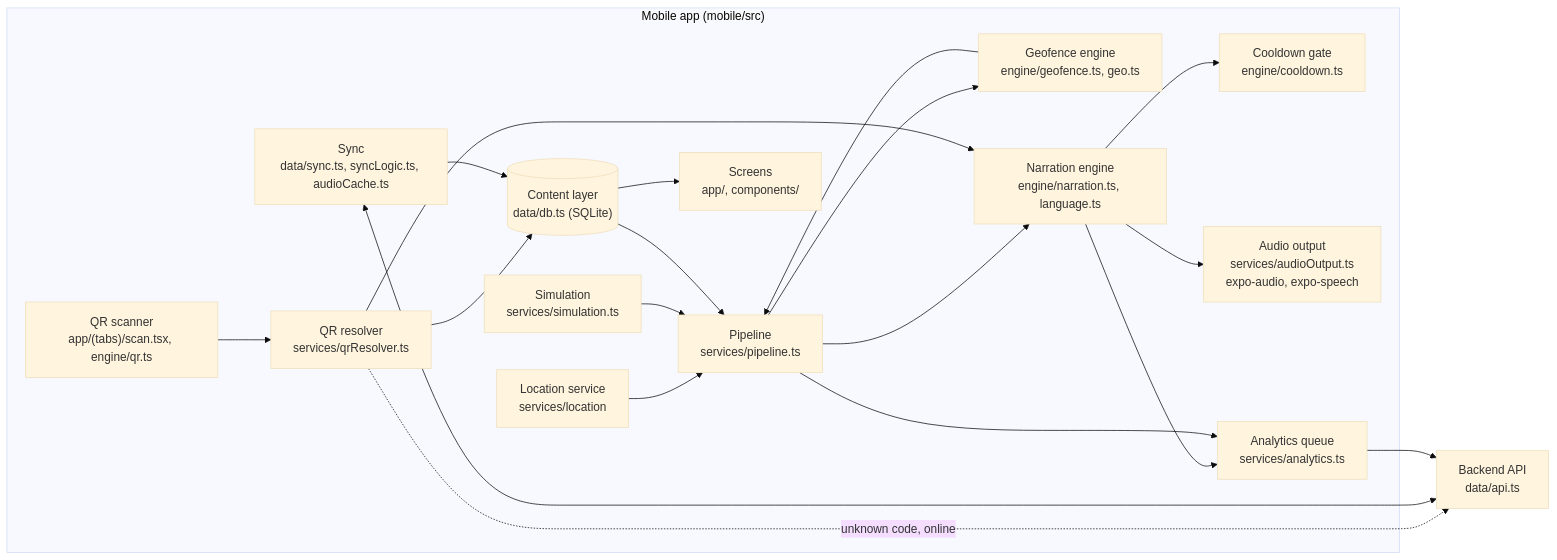
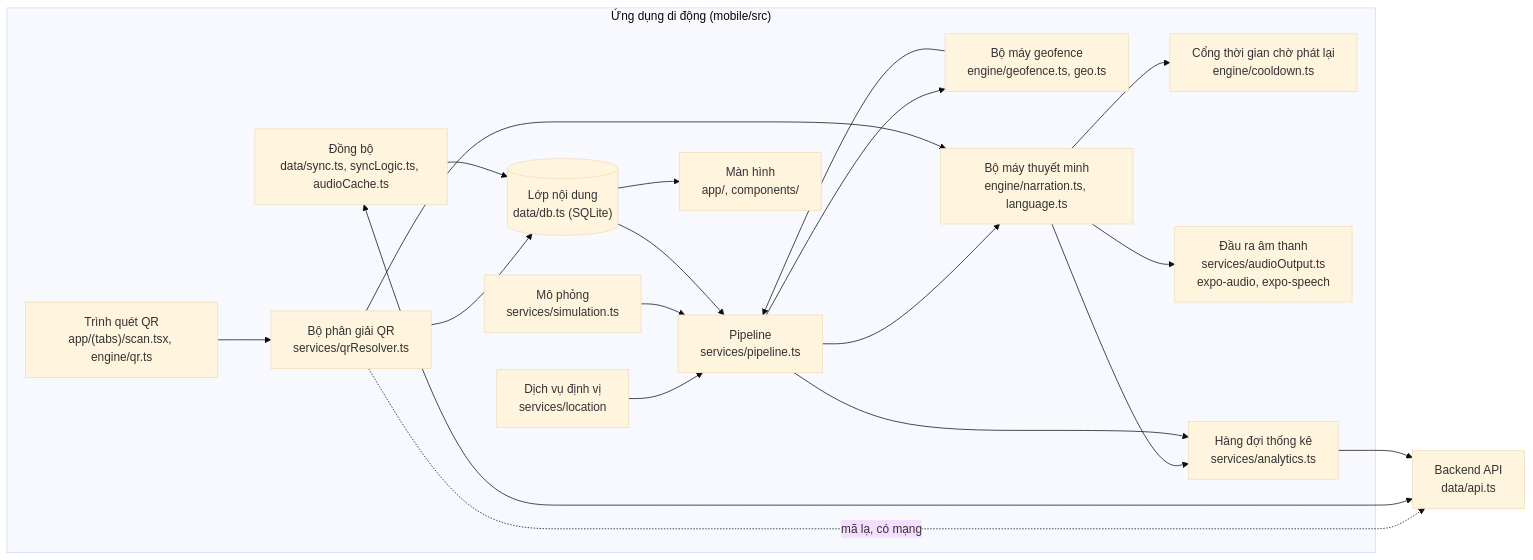
One commit to AiraLeFatale/CongNghePhanMem_Project changed the third of 19 diagrams in docs/02-design.md. Above: the diagram before and after it, drawn with Mermaid (base theme). The commit also changed other lines of this file and 11 other files, not shown here.

````diff
--- a/docs/02-design.md
+++ b/docs/02-design.md
@@ -107,38 +107,38 @@
 ```mermaid
 flowchart LR
-    subgraph MOBILE["Mobile app (mobile/src)"]
-        LOC["Location service<br/>services/location"]
-        SIM["Simulation<br/>services/simulation.ts"]
+    subgraph MOBILE["Ứng dụng di động (mobile/src)"]
+        LOC["Dịch vụ định vị<br/>services/location"]
+        SIM["Mô phỏng<br/>services/simulation.ts"]
         PIPE["Pipeline<br/>services/pipeline.ts"]
-        GEO["Geofence engine<br/>engine/geofence.ts, geo.ts"]
-        GATE["Cooldown gate<br/>engine/cooldown.ts"]
-        NAR["Narration engine<br/>engine/narration.ts, language.ts"]
-        OUT["Audio output<br/>services/audioOutput.ts<br/>expo-audio, expo-speech"]
-        QRS["QR scanner<br/>app/(tabs)/scan.tsx, engine/qr.ts"]
-        QRR["QR resolver<br/>services/qrResolver.ts"]
-        UI["Screens<br/>app/, components/"]
-        CONTENT[("Content layer<br/>data/db.ts (SQLite)")]
-        SYNC["Sync<br/>data/sync.ts, syncLogic.ts, audioCache.ts"]
-        LOGQ["Analytics queue<br/>services/analytics.ts"]
+        GEO["Bộ máy geofence<br/>engine/geofence.ts, geo.ts"]
+        GATE["Cổng thời gian chờ phát lại<br/>engine/cooldown.ts"]
+        NAR["Bộ máy thuyết minh<br/>engine/narration.ts, language.ts"]
+        OUT["Đầu ra âm thanh<br/>services/audioOutput.ts<br/>expo-audio, expo-speech"]
+        QRS["Trình quét QR<br/>app/(tabs)/scan.tsx, engine/qr.ts"]
+        QRR["Bộ phân giải QR<br/>services/qrResolver.ts"]
+        UI["Màn hình<br/>app/, components/"]
+        CONTENT[("Lớp nội dung<br/>data/db.ts (SQLite)")]
+        SYNC["Đồng bộ<br/>data/sync.ts, syncLogic.ts, audioCache.ts"]
+        LOGQ["Hàng đợi thống kê<br/>services/analytics.ts"]
     end
     API["Backend API<br/>data/api.ts"]
 
     LOC --> PIPE
     SIM --> PIPE
     PIPE --> GEO
     GEO --> PIPE
     PIPE --> NAR
     NAR --> GATE
     NAR --> OUT
     QRS --> QRR
     QRR --> CONTENT
-    QRR -. "unknown code, online" .-> API
+    QRR -. "mã lạ, có mạng" .-> API
     QRR --> NAR
     CONTENT --> PIPE
     CONTENT --> UI
     SYNC --> CONTENT
     SYNC <--> API
     NAR --> LOGQ
     PIPE --> LOGQ
     LOGQ --> API
 ```
````
